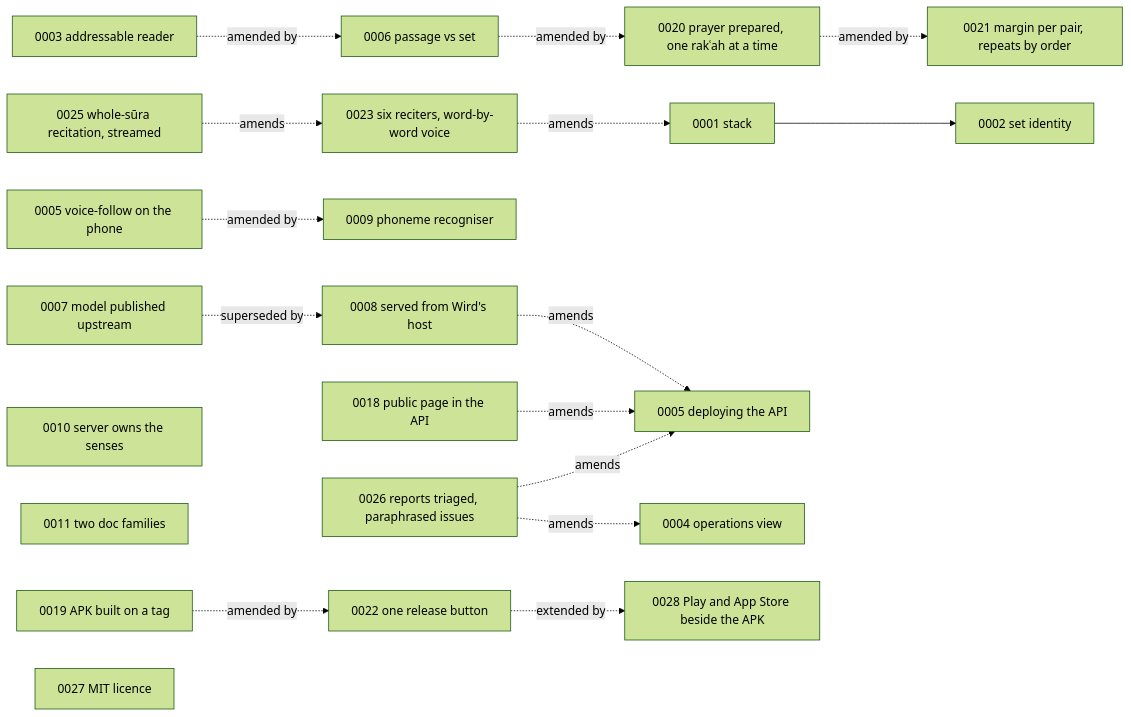
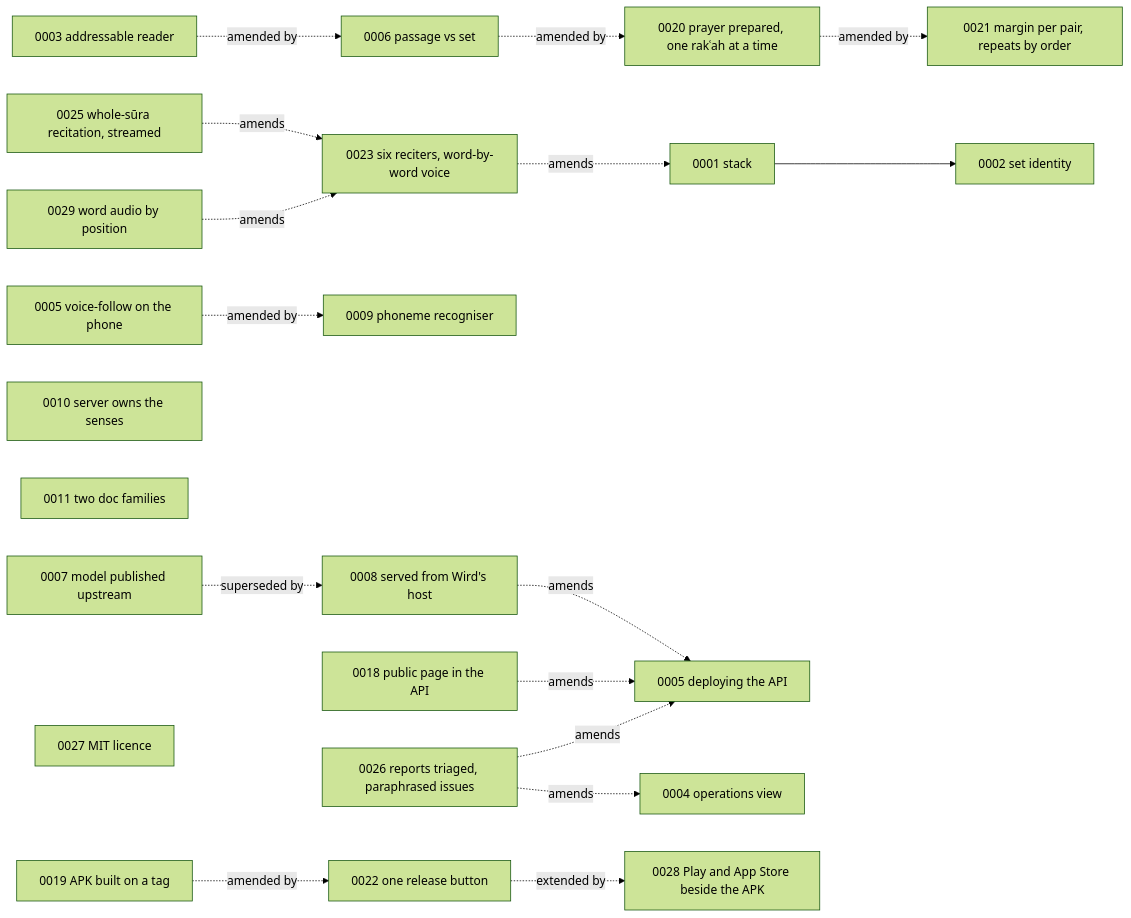
One commit to MohammadBnei/wird changed the diagram in docs/adr/README.md. Above: the diagram before and after it, drawn with Mermaid (forest theme). The commit also changed other lines of this file and 12 other files, not shown here.

First line of the commit message:
Find a word's own audio by its position, not by the API's path

````diff
--- a/docs/adr/README.md
+++ b/docs/adr/README.md
@@ -7,20 +7,21 @@
 ```mermaid
 flowchart LR
   A1[0001 stack] --> A2[0002 set identity]
   A3[0003 addressable reader] -. amended by .-> A6[0006 passage vs set]
   A6 -. amended by .-> A20[0020 prayer prepared, one rakʿah at a time]
   A20 -. amended by .-> A21[0021 margin per pair, repeats by order]
   A19[0019 APK built on a tag] -. amended by .-> A22[0022 one release button]
   A5v[0005 voice-follow on the phone] -. amended by .-> A9[0009 phoneme recogniser]
   A7[0007 model published upstream] -. superseded by .-> A8[0008 served from Wird's host]
   A8 -. amends .-> A5d[0005 deploying the API]
   A10[0010 server owns the senses]
   A11[0011 two doc families]
   A18[0018 public page in the API] -. amends .-> A5d
   A23[0023 six reciters, word-by-word voice] -. amends .-> A1
   A25[0025 whole-sūra recitation, streamed] -. amends .-> A23
   A26[0026 reports triaged, paraphrased issues] -. amends .-> A4[0004 operations view]
   A26 -. amends .-> A5d
   A27[0027 MIT licence]
+  A29[0029 word audio by position] -. amends .-> A23
   A22 -. extended by .-> A28[0028 Play and App Store beside the APK]
 ```
````
